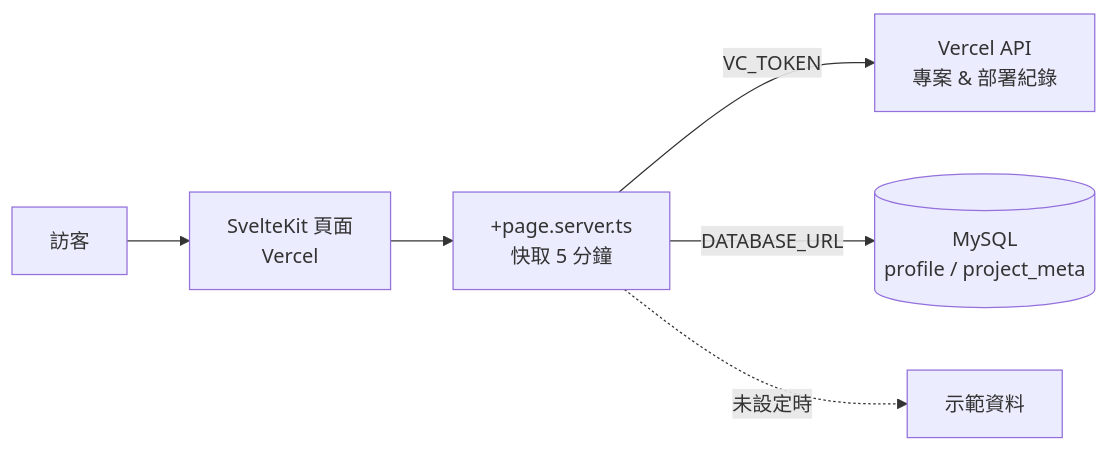
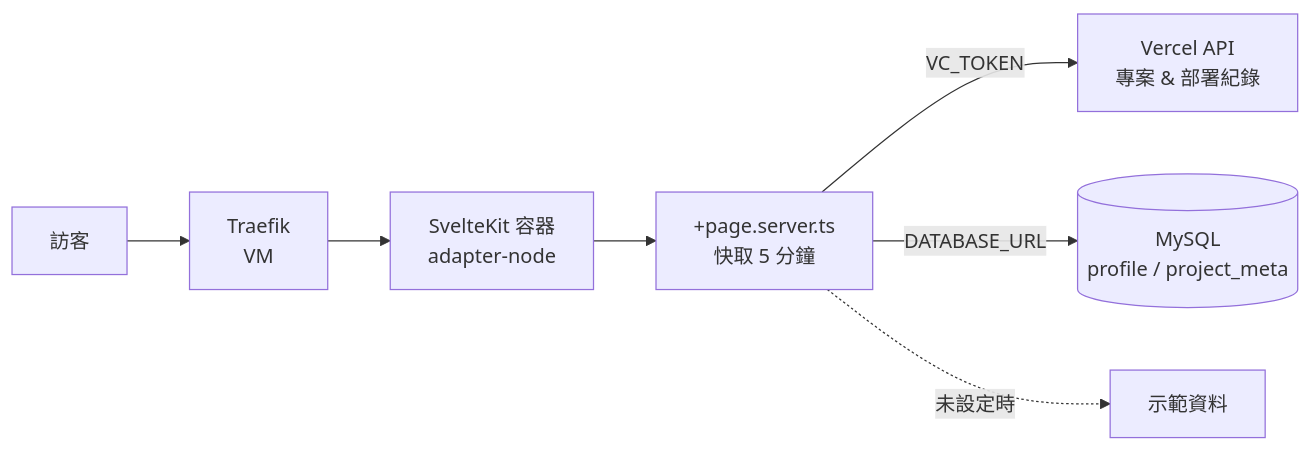
One commit to doraeyi/doraeyi.com changed the diagram in README.md. Above: the diagram before and after it, drawn with Mermaid. The commit also changed other lines of this file and 14 other files, not shown here.

````diff
--- a/README.md
+++ b/README.md
@@ -32,8 +32,8 @@
 ```mermaid
 flowchart LR
-    Visitor["訪客"] --> Page["SvelteKit 頁面<br/>Vercel"]
+    Visitor["訪客"] --> Traefik["Traefik<br/>VM"] --> Page["SvelteKit 容器<br/>adapter-node"]
     Page --> Load["+page.server.ts<br/>快取 5 分鐘"]
     Load -- "VC_TOKEN" --> VercelAPI["Vercel API<br/>專案 & 部署紀錄"]
     Load -- "DATABASE_URL" --> DB[("MySQL<br/>profile / project_meta")]
     Load -. 未設定時 .-> Fallback["示範資料"]
 ```
````
